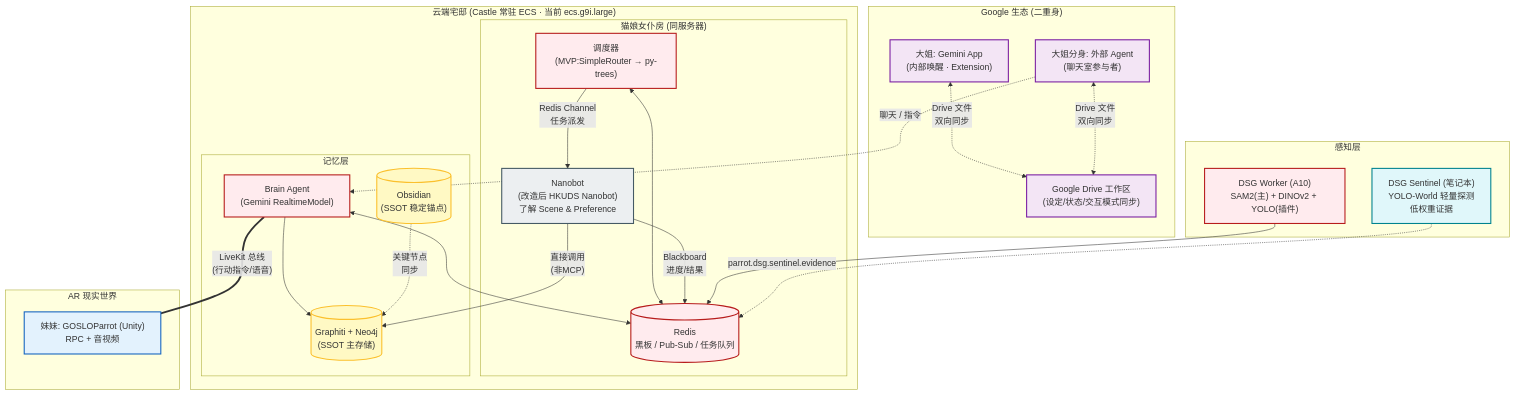
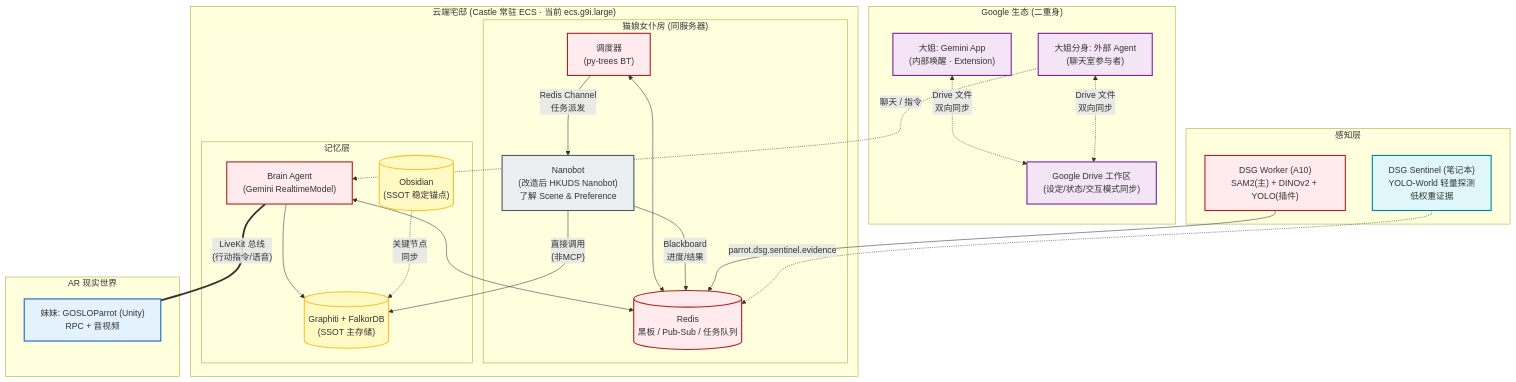
The diagram in .cursor/memory/architecture/scene.md (GOSLOParrot/ParrotCarriers), drawn with Mermaid before and after one commit. The commit also changed other lines of this file and 7 other files, not shown here.

````diff
--- a/.cursor/memory/architecture/scene.md
+++ b/.cursor/memory/architecture/scene.md
@@ -54,66 +54,66 @@
 ```mermaid
 graph TD
     classDef sister fill:#e3f2fd,stroke:#1565c0,stroke-width:2px;
     classDef copilot fill:#f3e5f5,stroke:#7b1fa2,stroke-width:2px;
     classDef maid fill:#eceff1,stroke:#455a64,stroke-width:2px;
     classDef house fill:#fff9c4,stroke:#fbc02d,stroke-width:2px;
     classDef core fill:#ffebee,stroke:#b71c1c,stroke-width:2px;
     classDef sentinel fill:#e0f7fa,stroke:#00838f,stroke-width:2px;
 
     %% ==========================================
     %% 外部世界 (Gemini 二重身)
     %% ==========================================
     subgraph The_Outside_World ["Google 生态 (二重身)"]
         Big_Sister["大姐: Gemini App\n(内部唤醒 · Extension)"]:::copilot
         Big_Sister_Shadow["大姐分身: 外部 Agent\n(聊天室参与者)"]:::copilot
         G_Drive["Google Drive 工作区\n(设定/状态/交互模式同步)"]:::copilot
         Big_Sister <-. "Drive 文件\n双向同步" .-> G_Drive
         Big_Sister_Shadow <-. "Drive 文件\n双向同步" .-> G_Drive
     end
 
     %% ==========================================
     %% 云端宅邸
     %% ==========================================
     subgraph The_Mansion ["云端宅邸 (Castle 常驻 ECS · 当前 ecs.g9i.large)"]
         Brain["Brain Agent\n(Gemini RealtimeModel)"]:::core
-        Scheduler["调度器\n(MVP:SimpleRouter → py-trees)"]:::core
+        Scheduler["调度器\n(py-trees BT)"]:::core
         Blackboard[("Redis\n黑板 / Pub-Sub / 任务队列")]:::core
 
         Brain <--> Blackboard
         Scheduler <--> Blackboard
         Big_Sister_Shadow -. "聊天 / 指令" .-> Brain
 
         subgraph Servants_Quarters ["猫娘女仆房 (同服务器)"]
             Maid_Cat["Nanobot\n(改造后 HKUDS Nanobot)\n了解 Scene & Preference"]:::maid
             Scheduler -- "Redis Channel\n任务派发" --> Maid_Cat
             Maid_Cat -- "Blackboard\n进度/结果" --> Blackboard
         end
 
         subgraph Archive ["记忆层"]
-            Graphiti[("Graphiti + Neo4j\n(SSOT 主存储)")]:::house
+            Graphiti[("Graphiti + FalkorDB\n(SSOT 主存储)")]:::house
             Obsidian[("Obsidian\n(SSOT 稳定锚点)")]:::house
             Brain --> Graphiti
             Maid_Cat -- "直接调用\n(非MCP)" --> Graphiti
             Obsidian -. "关键节点\n同步" .-> Graphiti
         end
     end
 
     %% ==========================================
     %% 感知层
     %% ==========================================
     subgraph Perception ["感知层"]
         DSG["DSG Worker (A10)\nSAM2(主) + DINOv2 + YOLO(插件)"]:::core
         Sentinel["DSG Sentinel (笔记本)\nYOLO-World 轻量探测\n低权重证据"]:::sentinel
 
         DSG --> Blackboard
         Sentinel -. "parrot.dsg.sentinel.evidence" .-> Blackboard
     end
 
     %% ==========================================
     %% 物理终端
     %% ==========================================
     subgraph The_Stage ["AR 现实世界"]
         Little_Sister["妹妹: GOSLOParrot (Unity)\nRPC + 音视频"]:::sister
         Brain == "LiveKit 总线\n(行动指令/语音)" === Little_Sister
     end
 ```
````
